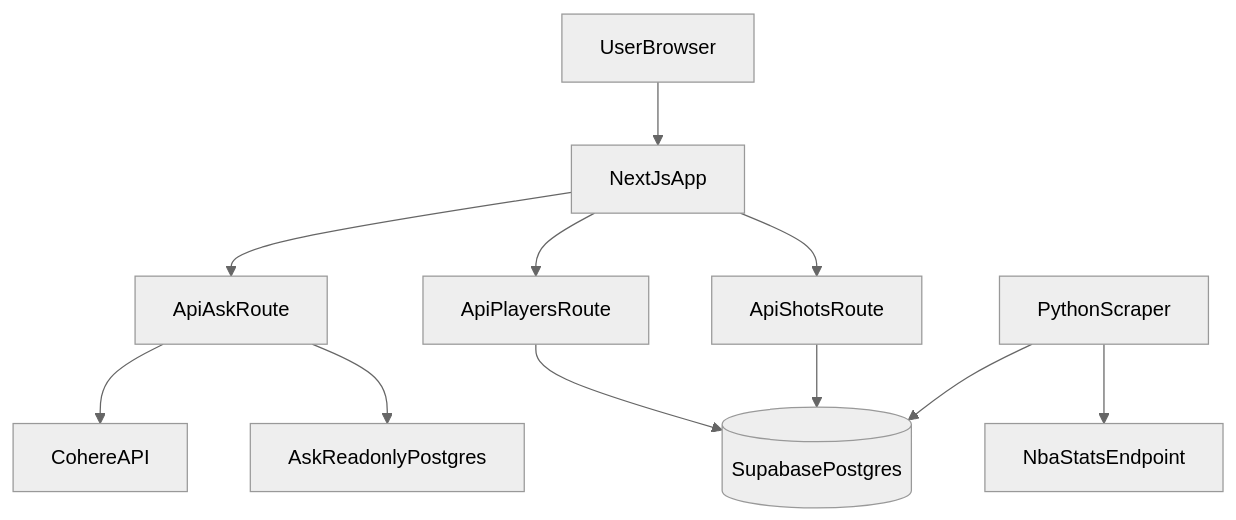
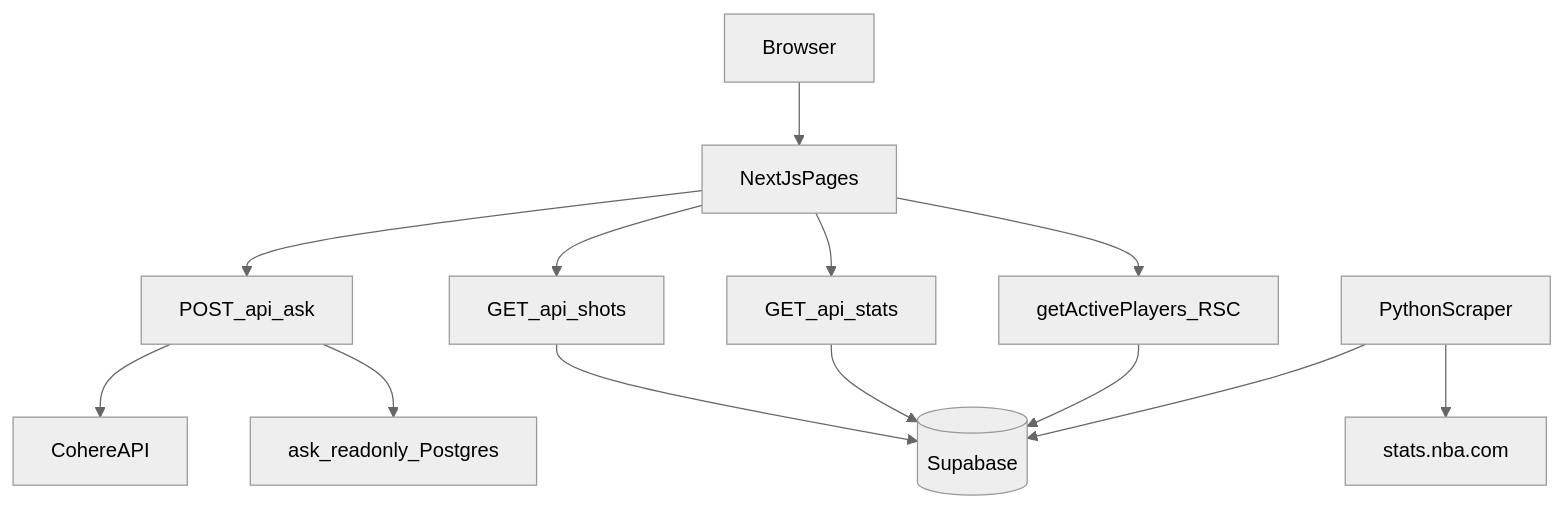
One commit to rjhxu/can-he-shoot changed the diagram in README.md. Above: the diagram before and after it, drawn with Mermaid (neutral theme). The commit also changed other lines of this file and 15 other files, not shown here.

First line of the commit message:
Remove legacy code and rewrite README for current architecture.

````diff
--- a/README.md
+++ b/README.md
@@ -197,13 +69,18 @@
 ```mermaid
 flowchart TD
-  user[UserBrowser] --> nextApp[NextJsApp]
-  nextApp --> apiAsk[ApiAskRoute]
-  nextApp --> apiPlayers[ApiPlayersRoute]
-  nextApp --> apiShots[ApiShotsRoute]
-  apiAsk --> cohere[CohereAPI]
-  apiAsk --> pgReadonly[AskReadonlyPostgres]
-  apiPlayers --> supabase[(SupabasePostgres)]
-  apiShots --> supabase
-  scraper[PythonScraper] --> nbaStats[NbaStatsEndpoint]
+  user[Browser] --> pages[NextJsPages]
+  pages --> askApi[POST_api_ask]
+  pages --> shotsApi[GET_api_shots]
+  pages --> statsApi[GET_api_stats]
+  pages --> rscPlayers[getActivePlayers_RSC]
+
+  askApi --> cohere[CohereAPI]
+  askApi --> pgReadonly[ask_readonly_Postgres]
+
+  shotsApi --> supabase[(Supabase)]
+  statsApi --> supabase
+  rscPlayers --> supabase
+
+  scraper[PythonScraper] --> nbaCom[stats.nba.com]
   scraper --> supabase
 ```
````
